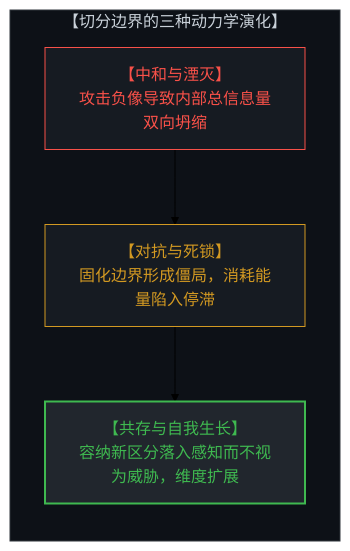
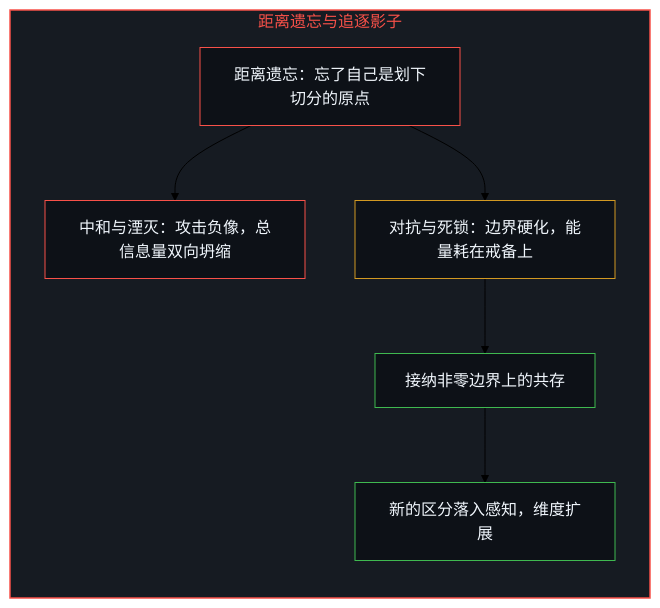
One commit to powerpig99/not-a-toe changed diagram 13 of 18 in content/posts/the-geometry-of-coexistence-and-the-dual-cut.md. Above: the diagram before and after it, drawn with Mermaid (forest theme). The commit also changed other lines of this file and 2 other files, not shown here.

Commit message:
Refine the-geometry-of-coexistence-and-the-dual-cut: alternating bilingual layout, nine paired diagrams, institutions given their use, the observed and the inferred other, implicit first person

````diff
--- a/content/posts/the-geometry-of-coexistence-and-the-dual-cut.md
+++ b/content/posts/the-geometry-of-coexistence-and-the-dual-cut.md
@@ -257,15 +345,22 @@
 ```mermaid
-graph TD
-    subgraph CutDynamics["【切分边界的三种动力学演化】"]
+flowchart TD
+    subgraph S_Amnesia["距离遗忘与追逐影子"]
         direction TB
-        AnnihilationNode["【中和与湮灭】<br>攻击负像导致内部总信息量双向坍缩"]
-        DeadlockNode["【对抗与死锁】<br>固化边界形成僵局，消耗能量陷入停滞"]
-        SelfGrowthNode["【共存与自我生长】<br>容纳新区分落入感知而不视为威胁，维度扩展"]
-        AnnihilationNode --> DeadlockNode
-        DeadlockNode --> SelfGrowthNode
+        Forget["距离遗忘：忘了自己是划下切分的原点"]
+        Ann["中和与湮灭：攻击负像，总信息量双向坍缩"]
+        Dead["对抗与死锁：边界硬化，能量耗在戒备上"]
+        Accept["接纳非零边界上的共存"]
+        Grow["新的区分落入感知，维度扩展"]
+        Forget --> Ann
+        Forget --> Dead
+        Dead --> Accept
+        Accept --> Grow
     end
-    style CutDynamics fill:#0d1117,stroke:#30363d,stroke-width:1px,color:#c9d1d9
-    style AnnihilationNode fill:#161b22,stroke:#f85149,stroke-width:1px,color:#f85149
-    style DeadlockNode fill:#161b22,stroke:#d29922,stroke-width:1px,color:#d29922
-    style SelfGrowthNode fill:#21262d,stroke:#3fb950,stroke-width:2px,color:#3fb950
+
+    style S_Amnesia fill:#161b22,stroke:#f85149,stroke-width:1.5px,color:#f85149
+    style Forget fill:#0d1117,stroke:#f85149,stroke-width:1px,color:#f0f6fc
+    style Ann fill:#0d1117,stroke:#f85149,stroke-width:1px,color:#f0f6fc
+    style Dead fill:#0d1117,stroke:#d29922,stroke-width:1px,color:#f0f6fc
+    style Accept fill:#0d1117,stroke:#3fb950,stroke-width:1px,color:#f0f6fc
+    style Grow fill:#0d1117,stroke:#3fb950,stroke-width:1px,color:#f0f6fc
 ```
````
